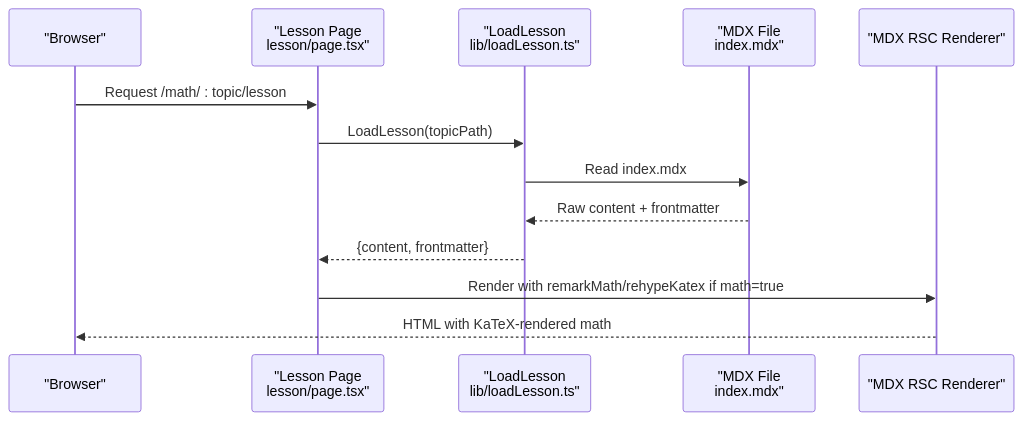
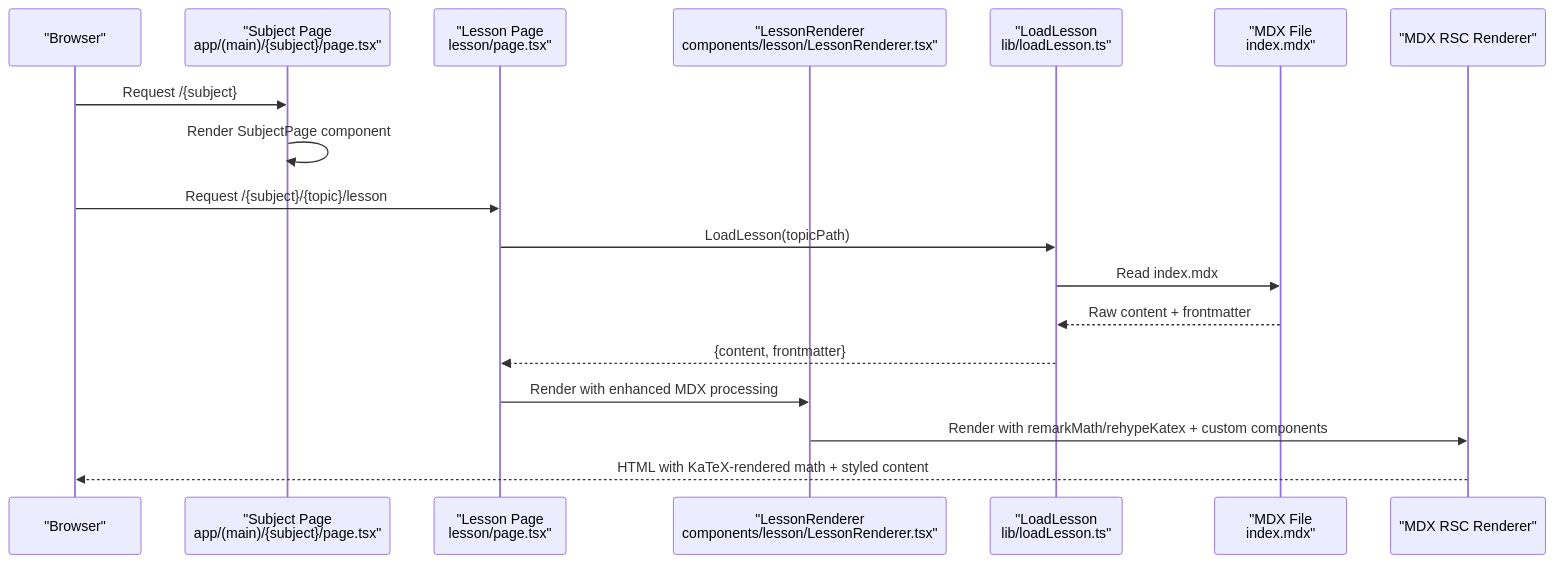
One commit to AlexKutz/math-app-next-js changed the second of 7 diagrams in .qoder/repowiki/en/content/Core Features/Content Management System/Content Management System.md. Above: the diagram before and after it, drawn with Mermaid. The commit also changed other lines of this file and 125 other files, not shown here.

````diff
--- a/.qoder/repowiki/en/content/Core Features/Content Management System/Content Management System.md
+++ b/.qoder/repowiki/en/content/Core Features/Content Management System/Content Management System.md
@@ -134,15 +173,20 @@
 ```mermaid
 sequenceDiagram
 participant Browser as "Browser"
+participant SubjectPage as "Subject Page<br/>app/(main)/{subject}/page.tsx"
 participant LessonPage as "Lesson Page<br/>lesson/page.tsx"
+participant LessonRenderer as "LessonRenderer<br/>components/lesson/LessonRenderer.tsx"
 participant Loader as "LoadLesson<br/>lib/loadLesson.ts"
 participant FS as "MDX File<br/>index.mdx"
 participant MDXRSC as "MDX RSC Renderer"
-Browser->>LessonPage : Request /math/ : topic/lesson
+Browser->>SubjectPage : Request /{subject}
+SubjectPage->>SubjectPage : Render SubjectPage component
+Browser->>LessonPage : Request /{subject}/{topic}/lesson
 LessonPage->>Loader : LoadLesson(topicPath)
 Loader->>FS : Read index.mdx
 FS-->>Loader : Raw content + frontmatter
 Loader-->>LessonPage : {content, frontmatter}
-LessonPage->>MDXRSC : Render with remarkMath/rehypeKatex if math=true
-MDXRSC-->>Browser : HTML with KaTeX-rendered math
+LessonPage->>LessonRenderer : Render with enhanced MDX processing
+LessonRenderer->>MDXRSC : Render with remarkMath/rehypeKatex + custom components
+MDXRSC-->>Browser : HTML with KaTeX-rendered math + styled content
 ```
````
